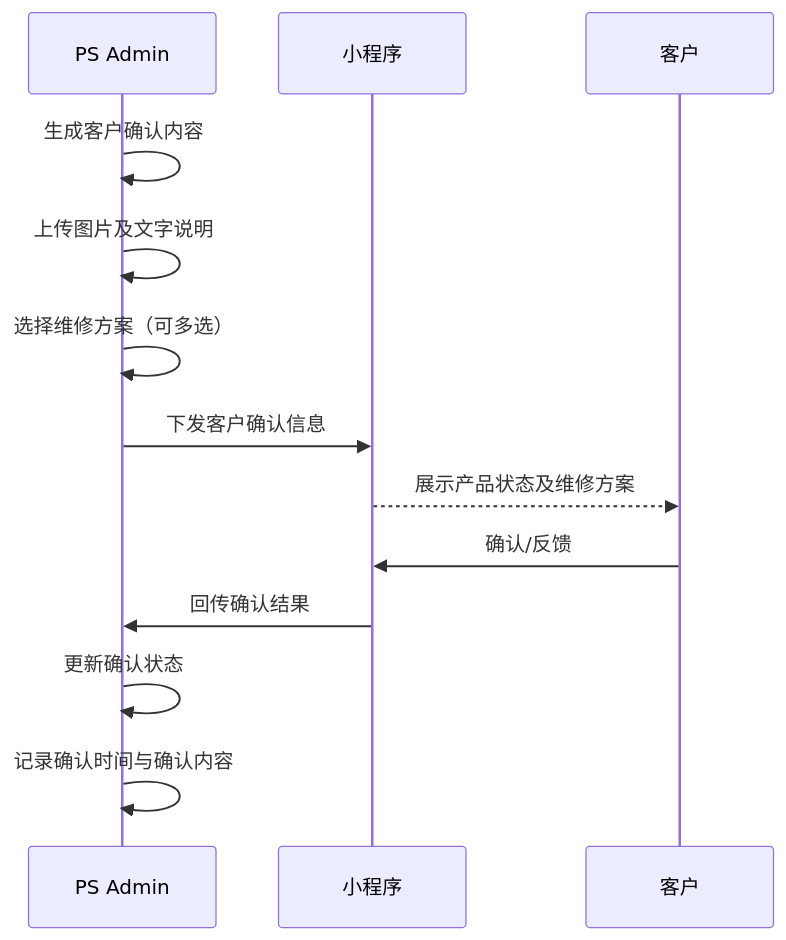
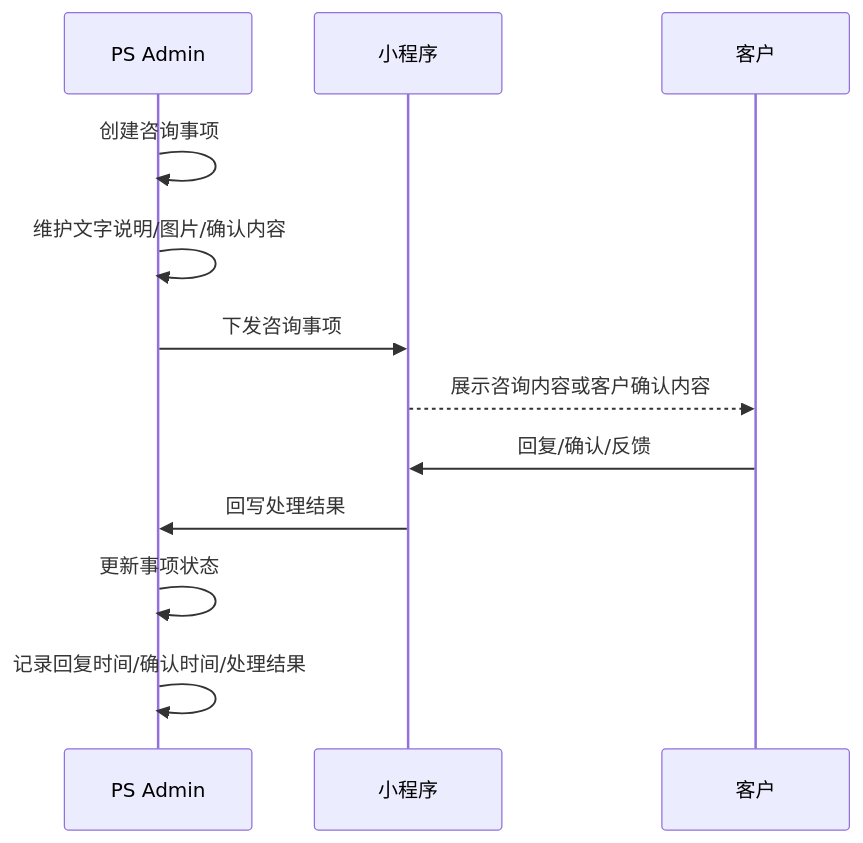
One commit to guguohai/gmps changed diagram 13 of 33 in 文档/GM系统需求说明.md. Above: the diagram before and after it, drawn with Mermaid. The commit also changed other lines of this file and 2 other files, not shown here.

````diff
--- a/文档/GM系统需求说明.md
+++ b/文档/GM系统需求说明.md
@@ -838,18 +968,17 @@
 ```mermaid
 sequenceDiagram
-participant A as PS Admin
-participant M as 小程序
-participant C as 客户
+    participant A as PS Admin
+    participant M as 小程序
+    participant C as 客户
 
-A->>A: 生成客户确认内容
-A->>A: 上传图片及文字说明
-A->>A: 选择维修方案（可多选）
-A->>M: 下发客户确认信息
+    A->>A: 创建咨询事项
+    A->>A: 维护文字说明/图片/确认内容
+    A->>M: 下发咨询事项
 
-M-->>C: 展示产品状态及维修方案
-C->>M: 确认/反馈
-M->>A: 回传确认结果
+    M-->>C: 展示咨询内容或客户确认内容
+    C->>M: 回复/确认/反馈
+    M->>A: 回写处理结果
 
-A->>A: 更新确认状态
-A->>A: 记录确认时间与确认内容
+    A->>A: 更新事项状态
+    A->>A: 记录回复时间/确认时间/处理结果
 ```
````
